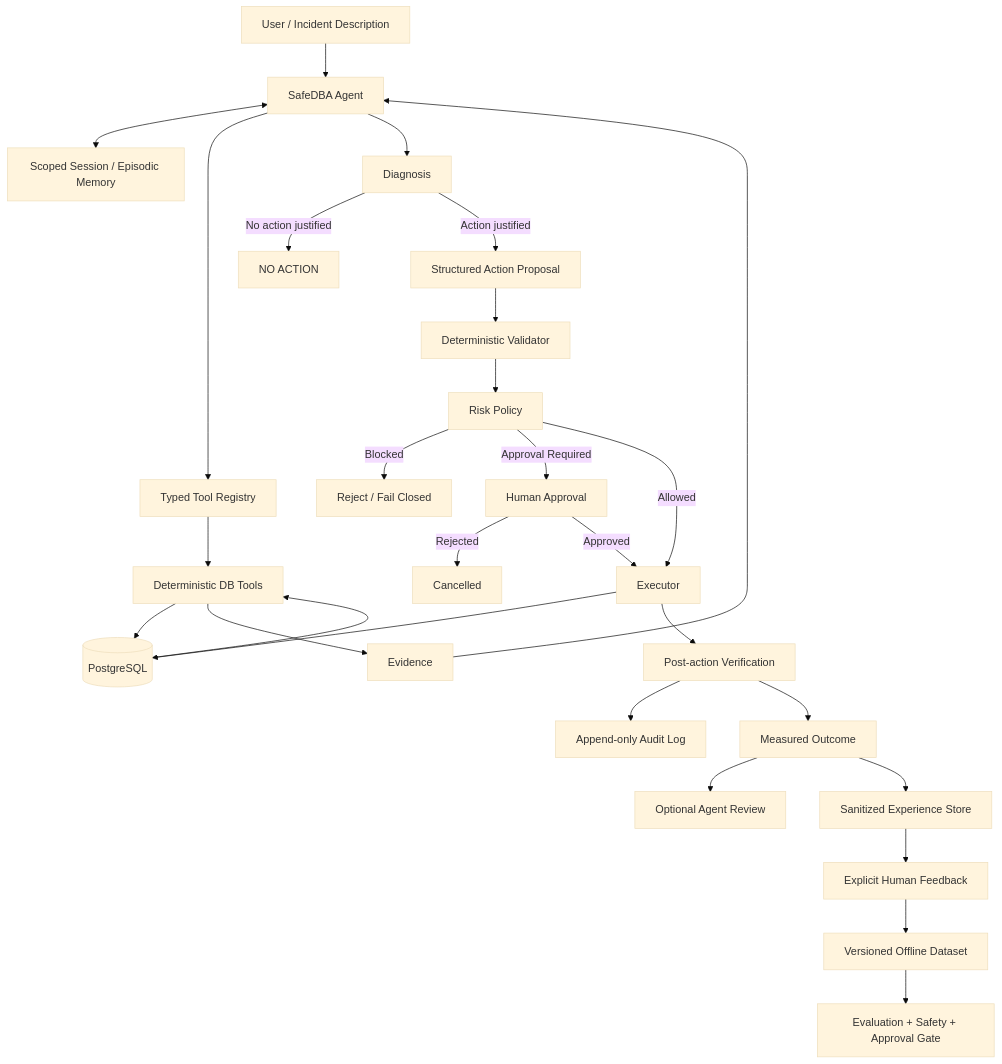
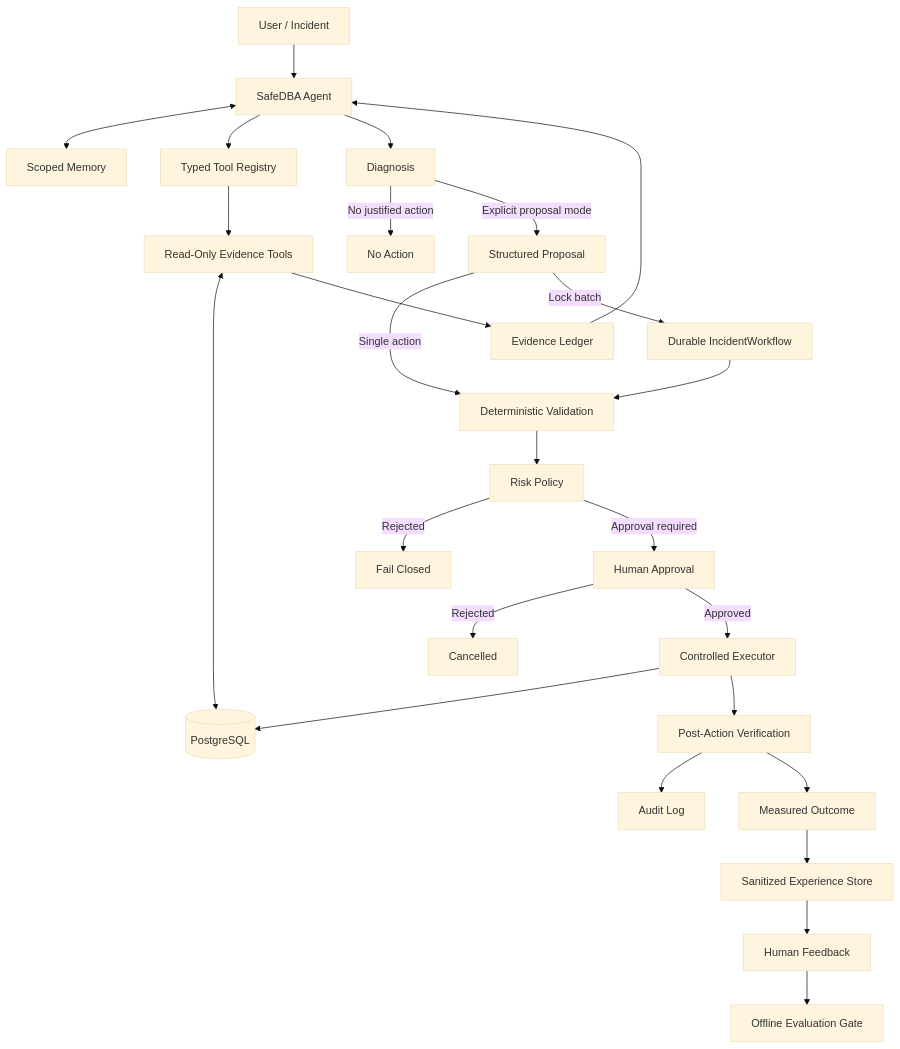
Before and after one commit to IsIllusion/SafeDBA: the diagram in README.md, drawn with Mermaid (base theme). The commit also changed other lines of this file, not shown here.

````diff
--- a/README.md
+++ b/README.md
@@ -90,40 +50,33 @@
 ```mermaid
 flowchart TD
-    U[User / Incident Description] --> A[SafeDBA Agent]
+    U[User / Incident] --> A[SafeDBA Agent]
 
-    A <--> M[Scoped Session / Episodic Memory]
+    A <--> M[Scoped Memory]
     A --> TR[Typed Tool Registry]
-    TR --> T[Deterministic DB Tools]
-
-    T --> PG[(PostgreSQL)]
-    PG --> T
-
-    T --> E[Evidence]
+    TR --> T[Read-Only Evidence Tools]
+    T <--> PG[(PostgreSQL)]
+    T --> E[Evidence Ledger]
     E --> A
 
     A --> D[Diagnosis]
+    D -->|No justified action| N[No Action]
+    D -->|Explicit proposal mode| P[Structured Proposal]
 
-    D -->|No action justified| N[NO ACTION]
-    D -->|Action justified| P[Structured Action Proposal]
-
-    P --> V[Deterministic Validator]
+    P -->|Single action| V[Deterministic Validation]
+    P -->|Lock batch| IW[Durable IncidentWorkflow]
+    IW --> V
     V --> R[Risk Policy]
-
-    R -->|Blocked| B[Reject / Fail Closed]
-    R -->|Approval Required| H[Human Approval]
-    R -->|Allowed| X[Executor]
-
+    R -->|Rejected| B[Fail Closed]
+    R -->|Approval required| H[Human Approval]
     H -->|Rejected| C[Cancelled]
-    H -->|Approved| X
+    H -->|Approved| X[Controlled Executor]
 
     X --> PG
-    X --> Q[Post-action Verification]
-    Q --> L[Append-only Audit Log]
-    Q --> F[Measured Outcome]
+    X --> Q[Post-Action Verification]
+    Q --> L[Audit Log]
+    Q --> O[Measured Outcome]
 
-    F --> REV[Optional Agent Review]
-    F --> EX[Sanitized Experience Store]
-    EX --> FB[Explicit Human Feedback]
-    FB --> DS[Versioned Offline Dataset]
-    DS --> G[Evaluation + Safety + Approval Gate]
+    O --> ES[Sanitized Experience Store]
+    ES --> FB[Human Feedback]
+    FB --> EV[Offline Evaluation Gate]
 ```
````
